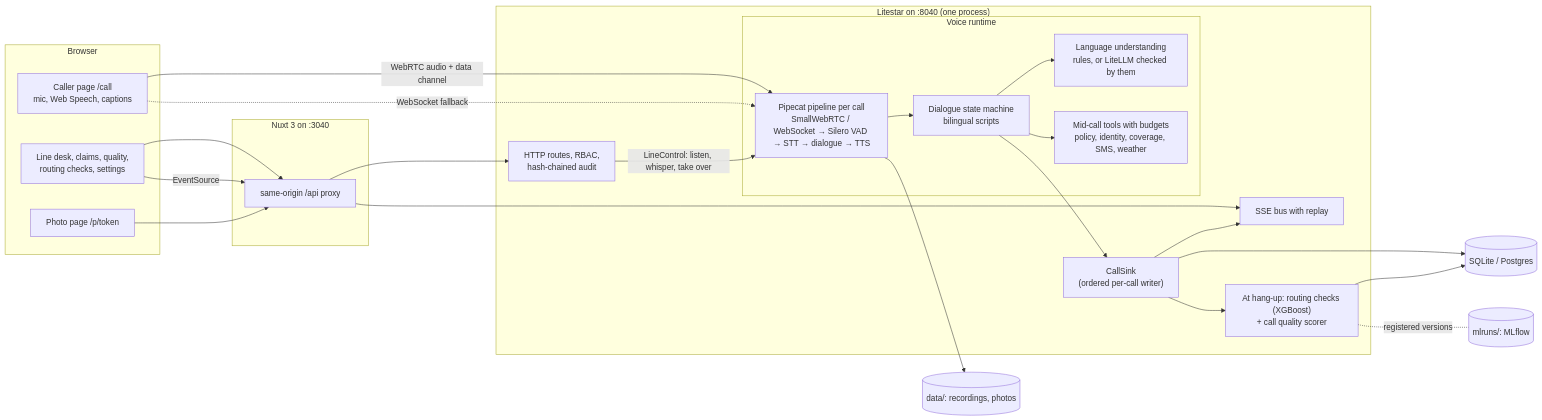
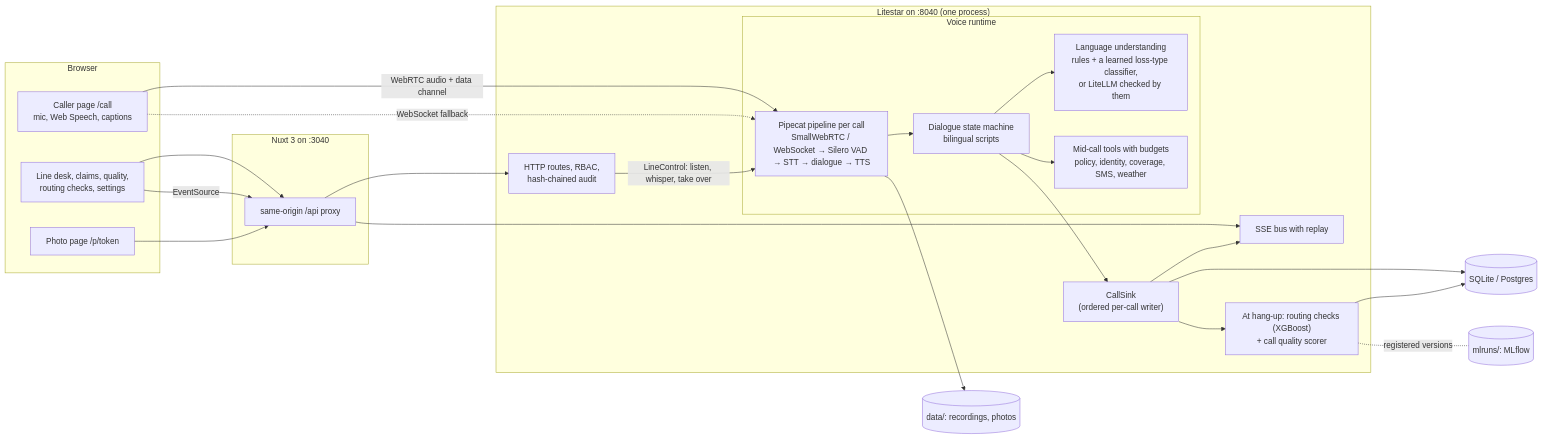
One commit to moeiz16/ClaimVoice changed the first of 2 diagrams in README.md. Above: the diagram before and after it, drawn with Mermaid. The commit also changed other lines of this file and 3 other files, not shown here.

Commit message:
docs: loss-type reader fact sheet, training corpus, architecture and honest before/after results

````diff
--- a/README.md
+++ b/README.md
@@ -134,40 +134,40 @@
 ```mermaid
 flowchart LR
   subgraph Browser
     Caller["Caller page /call<br/>mic, Web Speech, captions"]
     Desk["Line desk, claims, quality,<br/>routing checks, settings"]
     Phone["Photo page /p/token"]
   end
   subgraph Web["Nuxt 3 on :3040"]
     Proxy["same-origin /api proxy"]
   end
   subgraph API["Litestar on :8040 (one process)"]
     HTTP["HTTP routes, RBAC,<br/>hash-chained audit"]
     SSE["SSE bus with replay"]
     subgraph Voice["Voice runtime"]
       Pipe["Pipecat pipeline per call<br/>SmallWebRTC / WebSocket → Silero VAD → STT → dialogue → TTS"]
       Dlg["Dialogue state machine<br/>bilingual scripts"]
-      NLU["Language understanding<br/>rules, or LiteLLM checked by them"]
+      NLU["Language understanding<br/>rules + a learned loss-type classifier,<br/>or LiteLLM checked by them"]
       Tools["Mid-call tools with budgets<br/>policy, identity, coverage, SMS, weather"]
     end
     Sink["CallSink<br/>(ordered per-call writer)"]
     Score["At hang-up: routing checks (XGBoost)<br/>+ call quality scorer"]
   end
   DB[("SQLite / Postgres")]
   Files[("data/: recordings, photos")]
   MLflow[("mlruns/: MLflow")]
 
   Caller -- "WebRTC audio + data channel" --> Pipe
   Caller -. "WebSocket fallback" .-> Pipe
   Desk --> Proxy --> HTTP
   Desk -- "EventSource" --> Proxy --> SSE
   Phone --> Proxy
   HTTP -- "LineControl: listen, whisper, take over" --> Pipe
   Pipe --> Dlg --> NLU
   Dlg --> Tools
   Dlg --> Sink --> DB
   Sink --> SSE
   Sink --> Score --> DB
   Pipe --> Files
   Score -. "registered versions" .- MLflow
 ```
````
